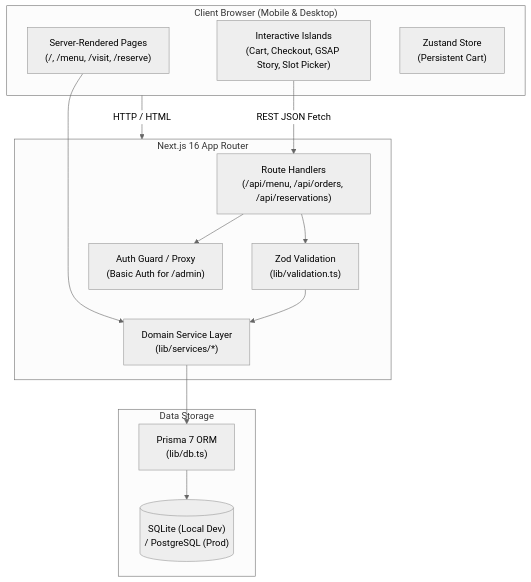
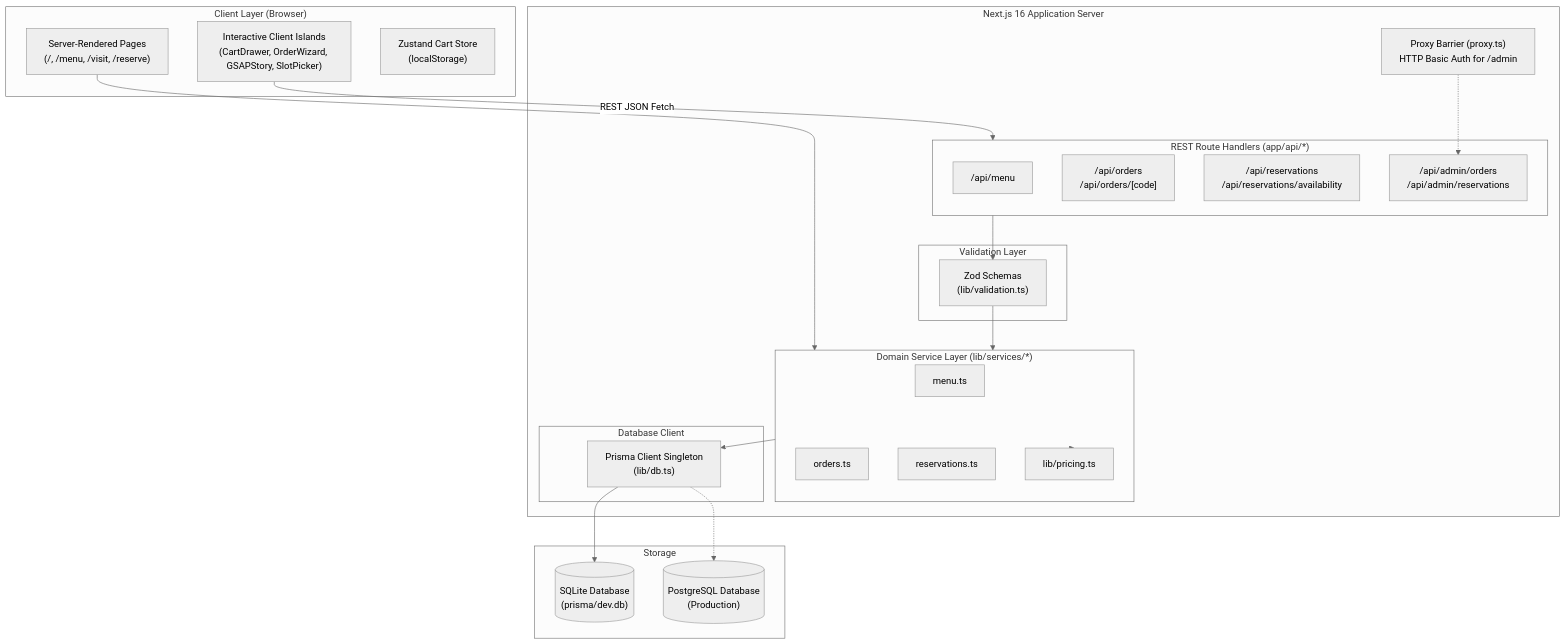
The fifth of 6 diagrams in README.md (namaysingh3925/RESPO), drawn with Mermaid (neutral theme) before and after one commit. The commit also changed other lines of this file, not shown here.

````diff
--- a/README.md
+++ b/README.md
@@ -123,29 +248,49 @@
 ```mermaid
 flowchart TD
-  subgraph Client ["Client Browser (Mobile & Desktop)"]
-    RSC["Server-Rendered Pages\n(/, /menu, /visit, /reserve)"]
-    Islands["Interactive Islands\n(Cart, Checkout, GSAP Story, Slot Picker)"]
-    ZStore["Zustand Store\n(Persistent Cart)"]
-  end
+    subgraph BrowserClient ["Client Layer (Browser)"]
+        RSC["Server-Rendered Pages\n(/, /menu, /visit, /reserve)"]
+        Islands["Interactive Client Islands\n(CartDrawer, OrderWizard, GSAPStory, SlotPicker)"]
+        Zustand["Zustand Cart Store\n(localStorage)"]
+    end
 
-  subgraph Server ["Next.js 16 App Router"]
-    AuthProxy["Auth Guard / Proxy\n(Basic Auth for /admin)"]
-    APIRoutes["Route Handlers\n(/api/menu, /api/orders, /api/reservations)"]
-    Services["Domain Service Layer\n(lib/services/*)"]
-    ZodSchemas["Zod Validation\n(lib/validation.ts)"]
-  end
+    subgraph NextServer ["Next.js 16 Application Server"]
+        Proxy["Proxy Barrier (proxy.ts)\nHTTP Basic Auth for /admin"]
+        
+        subgraph RouteHandlers ["REST Route Handlers (app/api/*)"]
+            MenuAPI["/api/menu"]
+            OrderAPI["/api/orders\n/api/orders/[code]"]
+            ResAPI["/api/reservations\n/api/reservations/availability"]
+            AdminAPI["/api/admin/orders\n/api/admin/reservations"]
+        end
+        
+        subgraph ValidationLayer ["Validation Layer"]
+            ZodSchemas["Zod Schemas\n(lib/validation.ts)"]
+        end
+        
+        subgraph DomainServices ["Domain Service Layer (lib/services/*)"]
+            MenuService["menu.ts"]
+            OrderService["orders.ts"]
+            ResService["reservations.ts"]
+            PricingUtil["lib/pricing.ts"]
+        end
+        
+        subgraph DBLayer ["Database Client"]
+            PrismaSingleton["Prisma Client Singleton\n(lib/db.ts)"]
+        end
+    end
 
-  subgraph Database ["Data Storage"]
-    PrismaClient["Prisma 7 ORM\n(lib/db.ts)"]
-    DB[("SQLite (Local Dev)\n/ PostgreSQL (Prod)")]
-  end
+    subgraph Persistence ["Storage"]
+        SQLiteDB[("SQLite Database\n(prisma/dev.db)")]
+        PostgresDB[("PostgreSQL Database\n(Production)")]
+    end
 
-  Client -->|HTTP / HTML| Server
-  Islands -->|REST JSON Fetch| APIRoutes
-  APIRoutes --> AuthProxy
-  APIRoutes --> ZodSchemas
-  ZodSchemas --> Services
-  RSC --> Services
-  Services --> PrismaClient
-  PrismaClient --> DB
+    Islands -->|REST JSON Fetch| RouteHandlers
+    RSC --> DomainServices
+    Proxy -.-> AdminAPI
+    RouteHandlers --> ZodSchemas
+    ZodSchemas --> DomainServices
+    DomainServices --> PricingUtil
+    DomainServices --> PrismaSingleton
+    PrismaSingleton --> SQLiteDB
+    PrismaSingleton -.-> PostgresDB
 ```
````
